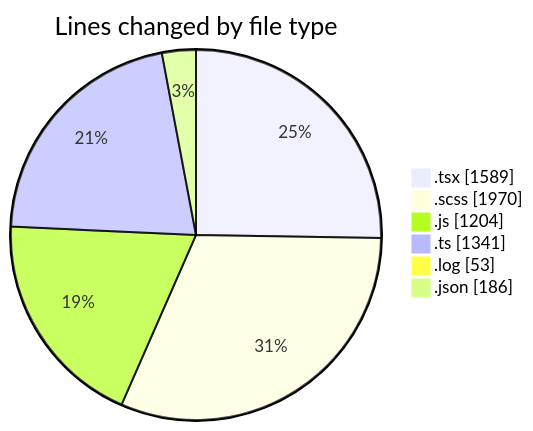
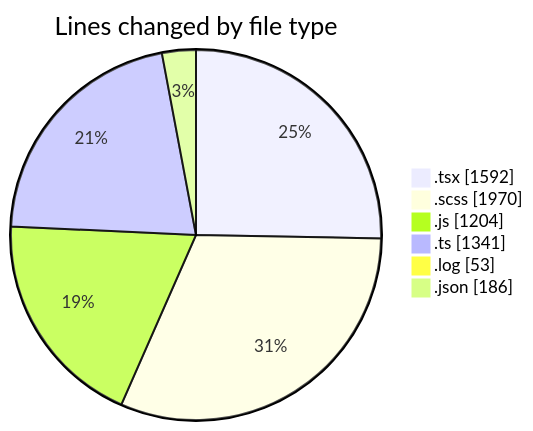
The first of 2 diagrams in 2026-03-25/cda/README.md (momahboobian/code-tracking), drawn with Mermaid before and after one commit. The commit also changed other lines of this file and 1 other file, not shown here.

````diff
--- a/2026-03-25/cda/README.md
+++ b/2026-03-25/cda/README.md
@@ -28,10 +28,10 @@
 ```mermaid
 pie showData
 title Lines changed by file type
-".tsx" : 1589
+".tsx" : 1592
 ".scss" : 1970
 ".js" : 1204
 ".ts" : 1341
 ".log" : 53
 ".json" : 186
 ```
````
